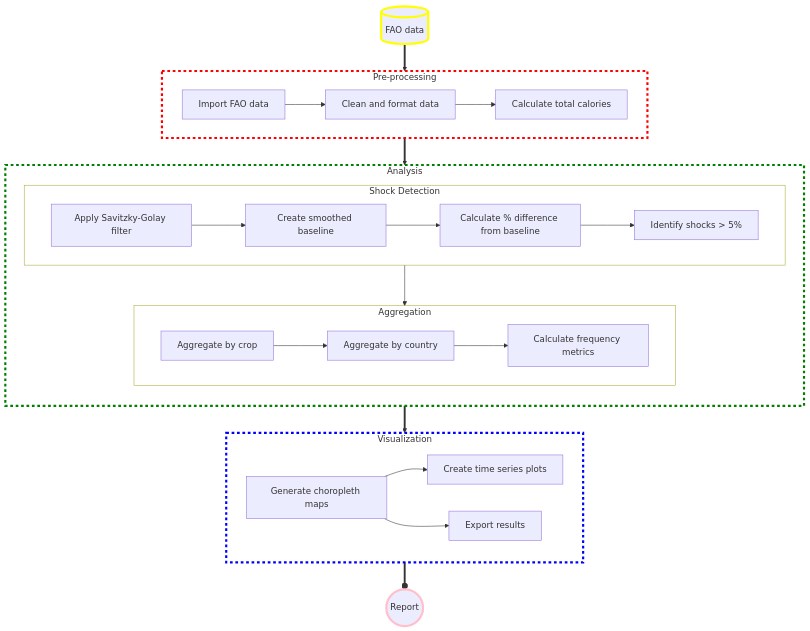
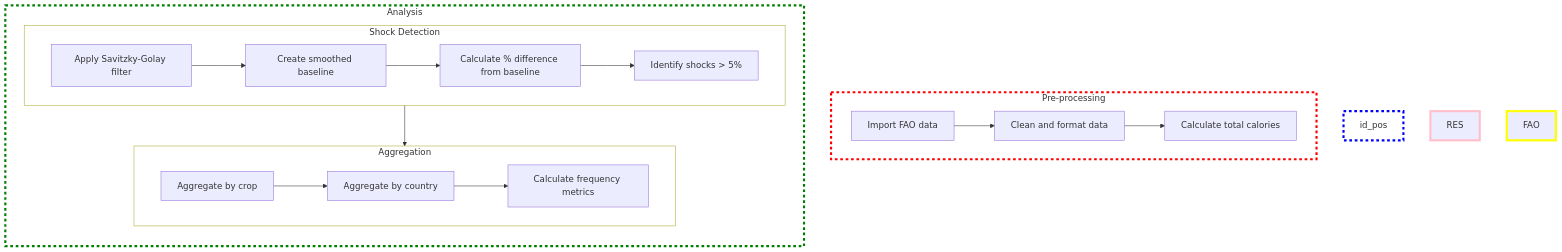
Before and after one commit to allfed/Historical-Food-Shocks: the diagram in README.md, drawn with Mermaid.

````diff
--- a/README.md
+++ b/README.md
@@ -89,41 +89,33 @@
 ```mermaid
 %%{ init: { 'flowchart': { 'curve': 'natural' } } }%%
 flowchart TD
     subgraph id_pre [Pre-processing]
     direction LR
     id_pre_1[Import FAO data] --> id_pre_2[Clean and format data]
     id_pre_2 --> id_pre_3[Calculate total calories]
     end
     subgraph id_mod [Analysis]
     direction TB
         subgraph id_mod_sub_1 [Shock Detection]
         direction LR
         id_mod_1[Apply Savitzky-Golay filter] --> id_mod_2[Create smoothed baseline]
         id_mod_2 --> id_mod_3[Calculate % difference from baseline]
         id_mod_3 --> id_mod_4[Identify shocks > 5%]
         end
         id_mod_sub_1 --> id_mod_sub_2
         subgraph id_mod_sub_2 [Aggregation]
         direction LR
         id_mod_5[Aggregate by crop] --> id_mod_6[Aggregate by country]
         id_mod_6 --> id_mod_7[Calculate frequency metrics]
         end
     end
-    subgraph id_pos [Visualization]
-    direction LR
-    id_pos_1[Generate choropleth maps] --> id_pos_2[Create time series plots]
-    id_pos_1 --> id_pos_3[Export results]
-    end
-    FAO[(FAO data)] ==> id_pre
-    id_pre ==> id_mod
-    id_mod ==> id_pos
-    id_pos ==o RES((Report))
+
 
     style id_pre fill:None,stroke:red,stroke-width:4px,stroke-dasharray: 5 5
     style id_mod fill:None,stroke:green,stroke-width:4px,stroke-dasharray: 5 5
     style id_pos fill:None,stroke:blue,stroke-width:4px,stroke-dasharray: 5 5
     style id_mod_sub_1 fill:None
     style id_mod_sub_2 fill:None
     style RES stroke:pink,stroke-width:4px
     style FAO stroke:yellow,stroke-width:4px
 ```
````
